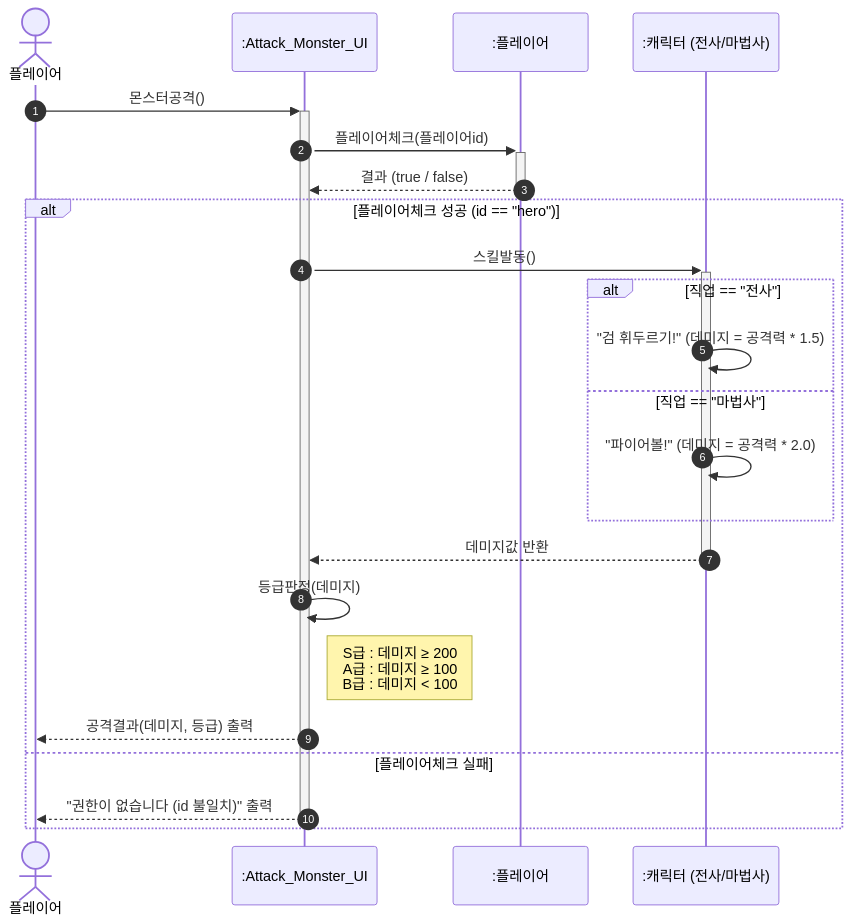
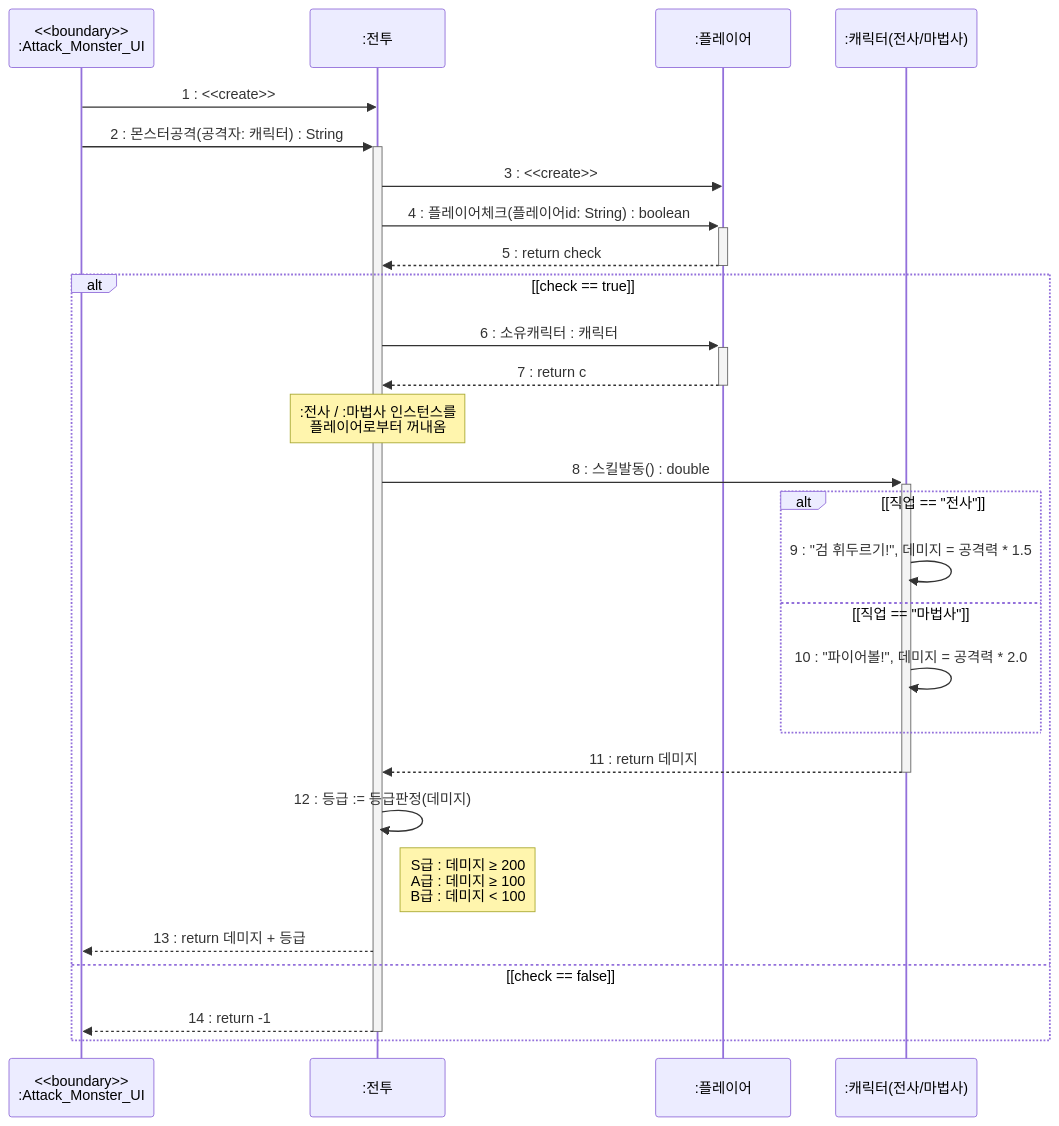
One commit to mezzunextdoor/DnF_Battle_B_03 changed the diagram in 몬스터공격.md. Above: the diagram before and after it, drawn with Mermaid. The commit also changed 1 other file, not shown here.

Commit message:
sequenceDiagram

````diff
--- a/몬스터공격.md
+++ b/몬스터공격.md
@@ -1,27 +1,31 @@
 ```mermaid
 sequenceDiagram
-    autonumber
-    actor U as 플레이어
-    participant UI as :Attack_Monster_UI
+    participant UI as <<boundary>><br/>:Attack_Monster_UI
+    participant B as :전투
     participant P as :플레이어
-    participant C as :캐릭터 (전사/마법사)
+    participant C as :캐릭터(전사/마법사)
 
-    U->>+UI: 몬스터공격()
-    UI->>+P: 플레이어체크(플레이어id)
-    P-->>-UI: 결과 (true / false)
+    UI->>B: 1 : <<create>>
+    UI->>+B: 2 : 몬스터공격(공격자: 캐릭터) : String
+    B->>P: 3 : <<create>>
+    B->>+P: 4 : 플레이어체크(플레이어id: String) : boolean
+    P-->>-B: 5 : return check
 
-    alt 플레이어체크 성공 (id == "hero")
-        UI->>+C: 스킬발동()
-        alt 직업 == "전사"
-            C->>C: "검 휘두르기!" (데미지 = 공격력 * 1.5)
-        else 직업 == "마법사"
-            C->>C: "파이어볼!" (데미지 = 공격력 * 2.0)
+    alt [check == true]
+        B->>+P: 6 : 소유캐릭터 : 캐릭터
+        P-->>-B: 7 : return c
+        Note over B: :전사 / :마법사 인스턴스를<br/>플레이어로부터 꺼내옴
+        B->>+C: 8 : 스킬발동() : double
+        alt [직업 == "전사"]
+            C->>C: 9 : "검 휘두르기!", 데미지 = 공격력 * 1.5
+        else [직업 == "마법사"]
+            C->>C: 10 : "파이어볼!", 데미지 = 공격력 * 2.0
         end
-        C-->>-UI: 데미지값 반환
-        UI->>UI: 등급판정(데미지)
-        Note right of UI: S급 : 데미지 ≥ 200<br/>A급 : 데미지 ≥ 100<br/>B급 : 데미지 < 100
-        UI-->>U: 공격결과(데미지, 등급) 출력
-    else 플레이어체크 실패
-        UI-->>-U: "권한이 없습니다 (id 불일치)" 출력
+        C-->>-B: 11 : return 데미지
+        B->>B: 12 : 등급 := 등급판정(데미지)
+        Note right of B: S급 : 데미지 ≥ 200<br/>A급 : 데미지 ≥ 100<br/>B급 : 데미지 < 100
+        B-->>UI: 13 : return 데미지 + 등급
+    else [check == false]
+        B-->>-UI: 14 : return -1
     end
 ```
````
